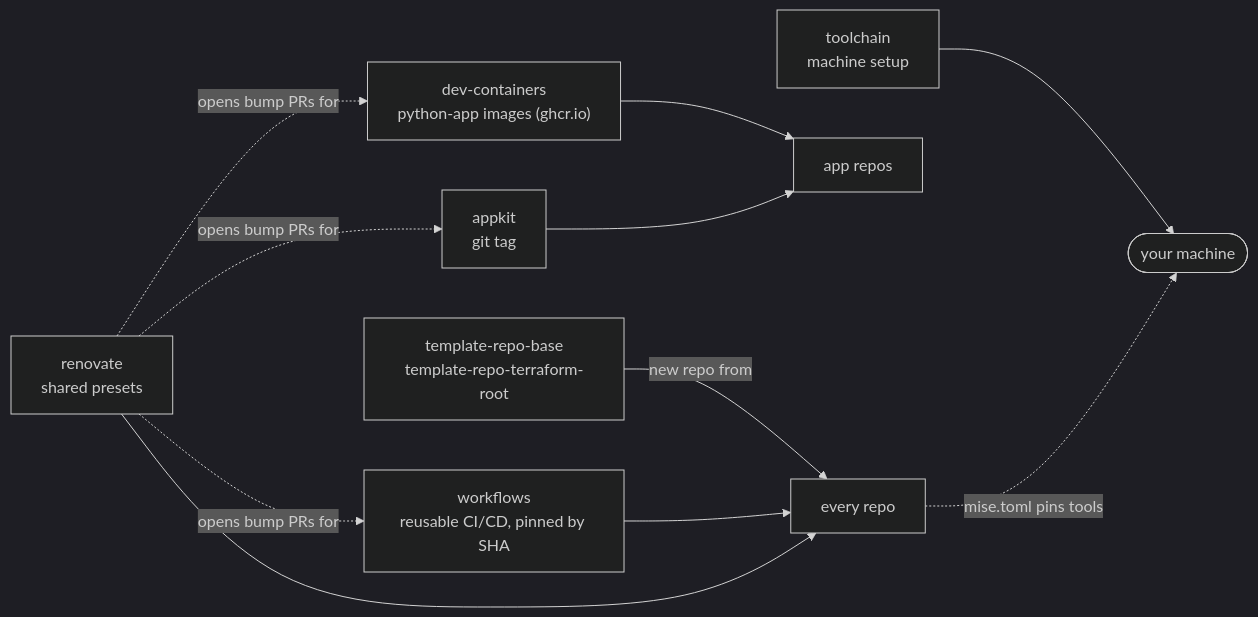
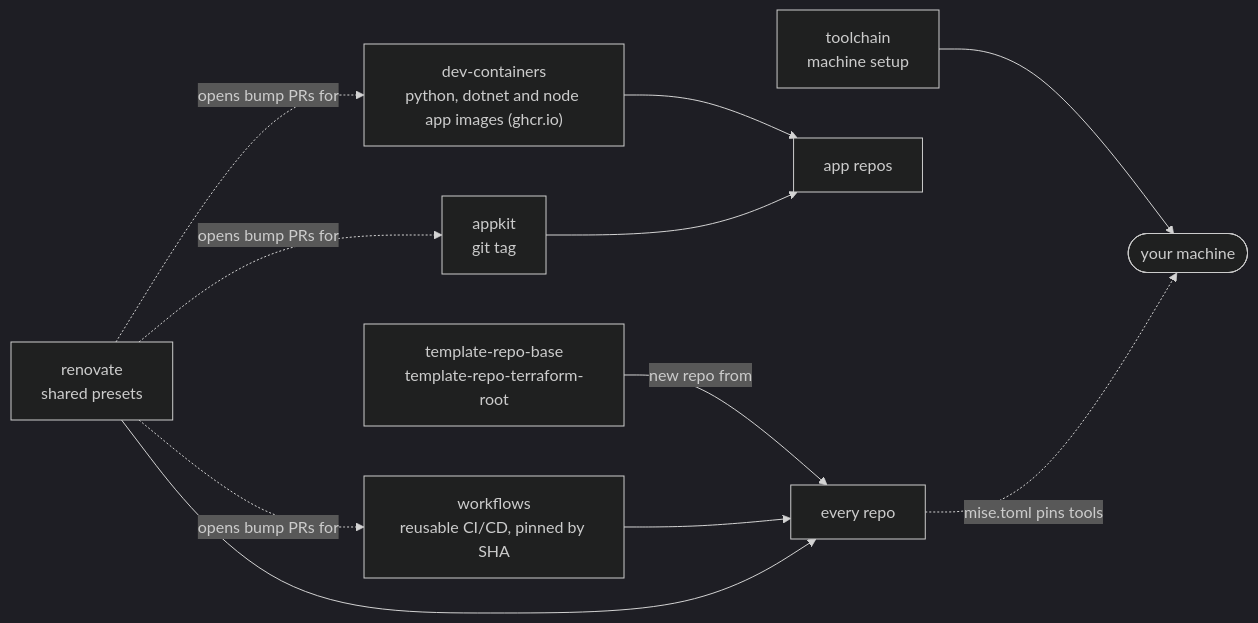
Before and after one commit to jay-withers/factory: the seventh of 11 diagrams in docs/architecture.md, drawn with Mermaid (dark theme). The commit also changed other lines of this file and 2 other files, not shown here.

First line of the commit message:
docs: Node apps take node from dev-containers' node-app

````diff
--- a/docs/architecture.md
+++ b/docs/architecture.md
@@ -340,13 +341,13 @@
 ```mermaid
 flowchart LR
   tmpl["template-repo-base<br/>template-repo-terraform-root"] -- "new repo from" --> repo["every repo"]
   wf["workflows<br/>reusable CI/CD, pinned by SHA"] --> repo
   ren["renovate<br/>shared presets"] --> repo
-  dc["dev-containers<br/>python-app images (ghcr.io)"] --> apps["app repos"]
+  dc["dev-containers<br/>python, dotnet and node app images (ghcr.io)"] --> apps["app repos"]
   ak["appkit<br/>git tag"] --> apps
   tc["toolchain<br/>machine setup"] --> laptop(["your machine"])
   repo -. "mise.toml pins tools" .-> laptop
   ren -. "opens bump PRs for" .-> wf
   ren -. "opens bump PRs for" .-> dc
   ren -. "opens bump PRs for" .-> ak
 ```
````
